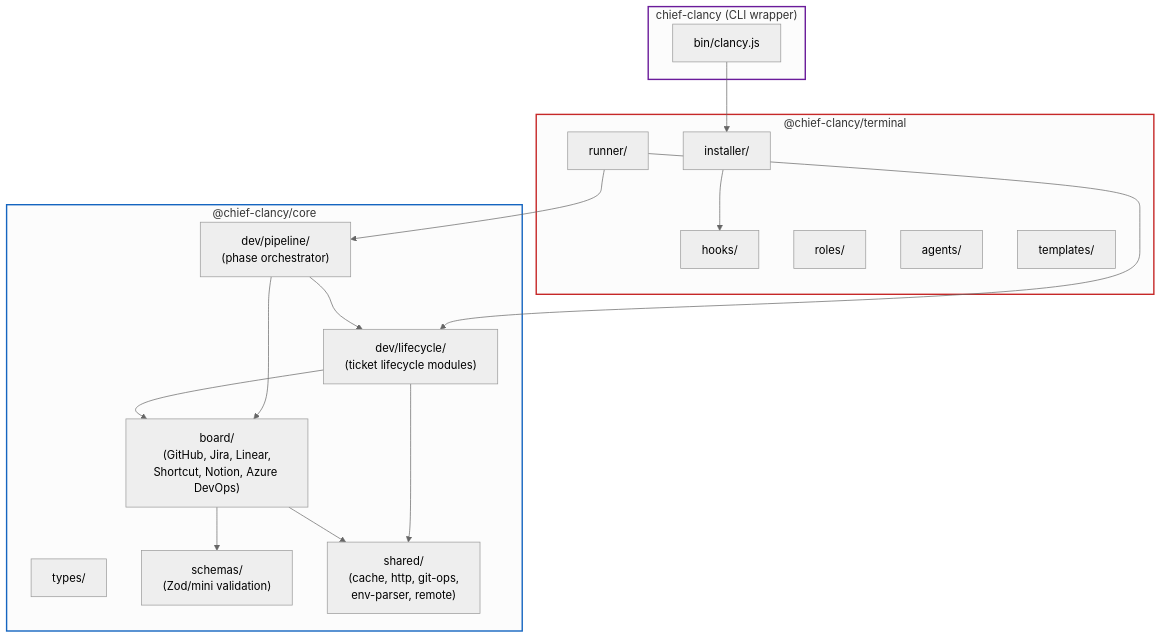
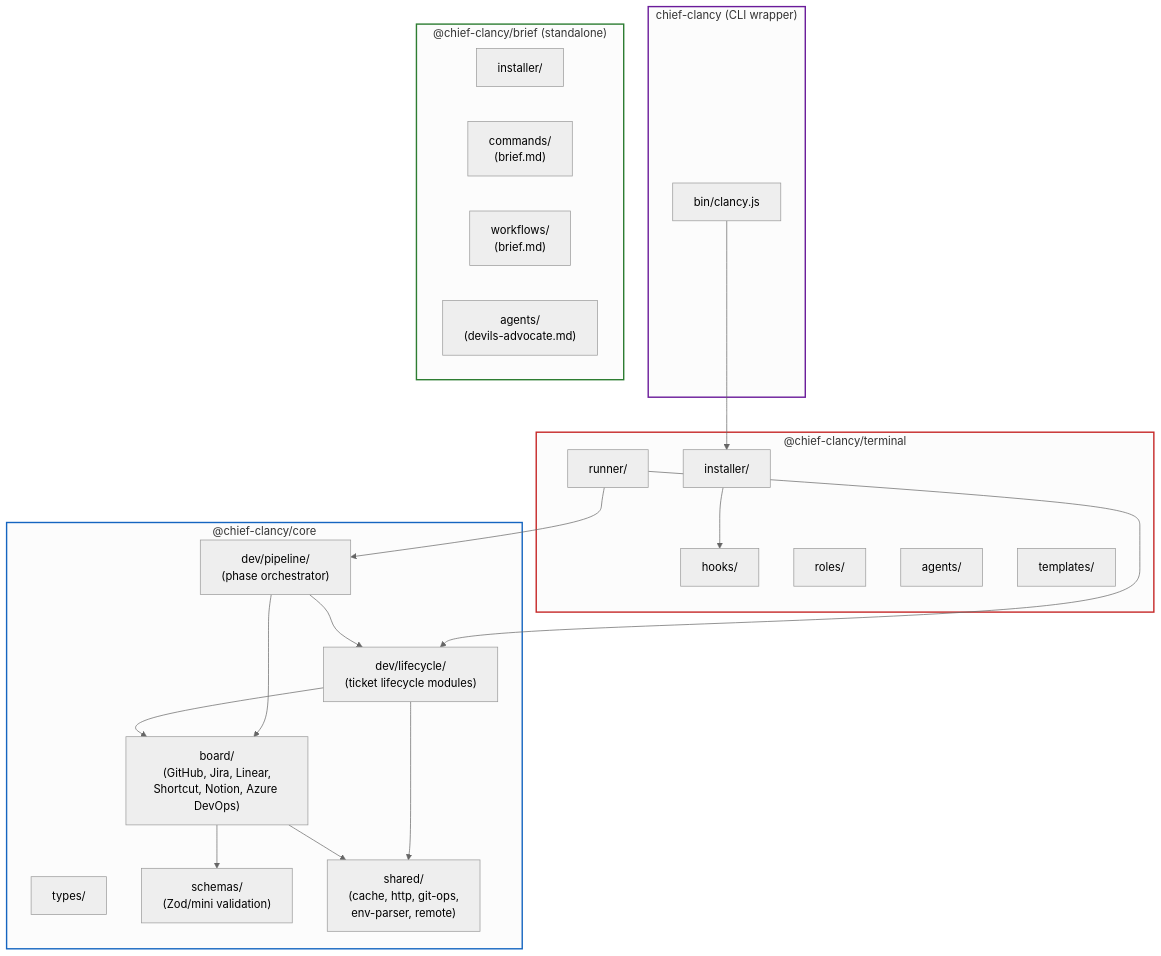
Before and after one commit to Pushedskydiver/chief-clancy: the first of 14 diagrams in docs/VISUAL-ARCHITECTURE.md, drawn with Mermaid (neutral theme). The commit also changed other lines of this file and 5 other files, not shown here.

First line of the commit message:
📝 docs: add @chief-clancy/brief to package documentation

````diff
--- a/docs/VISUAL-ARCHITECTURE.md
+++ b/docs/VISUAL-ARCHITECTURE.md
@@ -27,39 +27,47 @@
 ```mermaid
 graph TD
     subgraph chief["chief-clancy (CLI wrapper)"]
         bin["bin/clancy.js"]
     end
 
     subgraph terminal["@chief-clancy/terminal"]
         installer["installer/"]
         runner["runner/"]
         hooks["hooks/"]
         roles["roles/"]
         agents["agents/"]
         templates["templates/"]
     end
 
     subgraph core["@chief-clancy/core"]
         board["board/\n(GitHub, Jira, Linear,\nShortcut, Notion, Azure DevOps)"]
         pipeline["dev/pipeline/\n(phase orchestrator)"]
         lifecycle["dev/lifecycle/\n(ticket lifecycle modules)"]
         types["types/"]
         schemas["schemas/\n(Zod/mini validation)"]
         shared["shared/\n(cache, http, git-ops,\nenv-parser, remote)"]
     end
 
+    subgraph brief["@chief-clancy/brief (standalone)"]
+        briefInstaller["installer/"]
+        briefCommands["commands/\n(brief.md)"]
+        briefWorkflows["workflows/\n(brief.md)"]
+        briefAgents["agents/\n(devils-advocate.md)"]
+    end
+
     bin --> installer
     runner --> pipeline
     runner --> lifecycle
     installer --> hooks
     pipeline --> lifecycle
     pipeline --> board
     lifecycle --> board
     lifecycle --> shared
     board --> schemas
     board --> shared
 
     style chief stroke:#6a1b9a,stroke-width:2px
     style terminal stroke:#c62828,stroke-width:2px
     style core stroke:#1565c0,stroke-width:2px
+    style brief stroke:#2e7d32,stroke-width:2px
 ```
````
